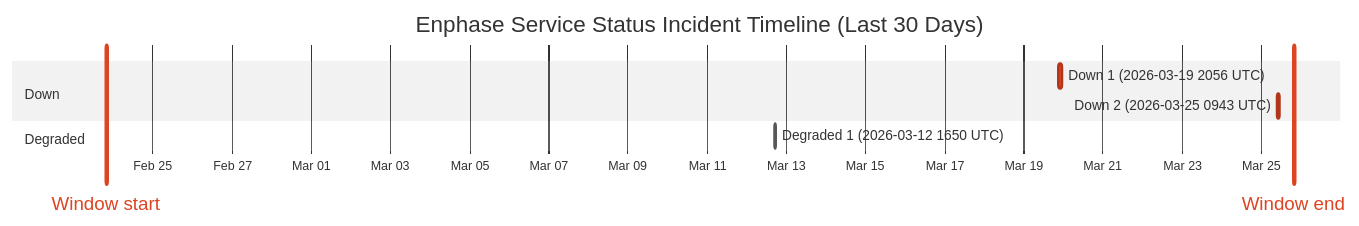
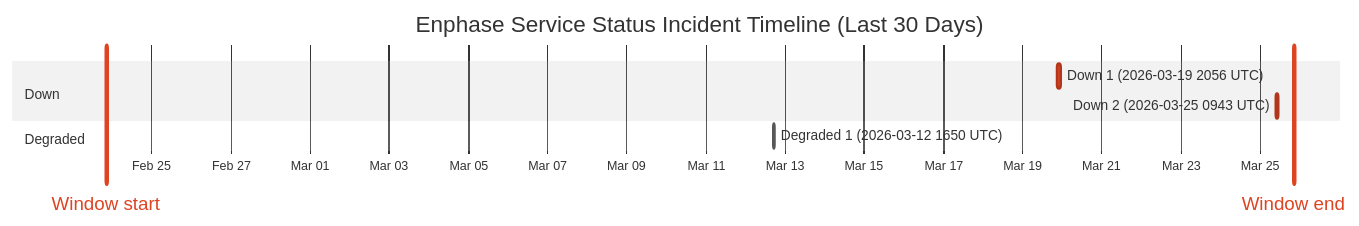
The diagram in wiki/Service-Status-History.md (barneyonline/ha-enphase-ev-charger), drawn with Mermaid (neutral theme) before and after one commit. The commit also changed other lines of this file and 3 other files, not shown here.

````diff
--- a/wiki/Service-Status-History.md
+++ b/wiki/Service-Status-History.md
@@ -14,13 +14,13 @@
 ```mermaid
 gantt
     title Enphase Service Status Incident Timeline (Last 30 Days)
     dateFormat  YYYY-MM-DDTHH:mm:ss
     axisFormat  %b %d
-    Window start :vert, window-start, 2026-02-23T19:39:47, 0ms
-    Window end :vert, window-end, 2026-03-25T19:39:47, 0ms
+    Window start :vert, window-start, 2026-02-23T20:29:42, 0ms
+    Window end :vert, window-end, 2026-03-25T20:29:42, 0ms
     section Down
     Down 1 (2026-03-19 2056 UTC) :crit, down-1, 2026-03-19T20:56:20, 145m
     Down 2 (2026-03-25 0943 UTC) :crit, down-2, 2026-03-25T09:43:28, 111m
     section Degraded
     Degraded 1 (2026-03-12 1650 UTC) :active, degraded-1, 2026-03-12T16:50:43, 60m
 ```
````
